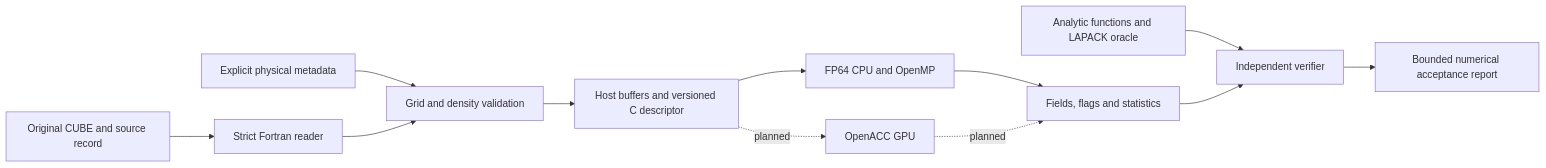
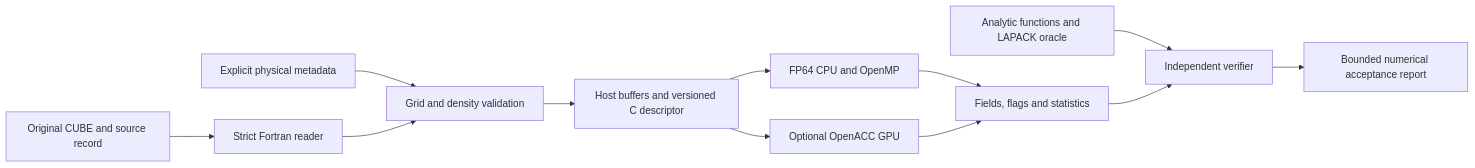
One commit to saigyujikingyo-png/gpu-nci changed the first of 2 diagrams in docs/architecture.md. Above: the diagram before and after it, drawn with Mermaid. The commit also changed other lines of this file and 8 other files, not shown here.

Commit message:
Record independently accepted finite OpenACC CLI validation

````diff
--- a/docs/architecture.md
+++ b/docs/architecture.md
@@ -11,14 +12,14 @@
 ```mermaid
 flowchart LR
     A[Original CUBE and source record] --> B[Strict Fortran reader]
     M[Explicit physical metadata] --> C[Grid and density validation]
     B --> C
     C --> D[Host buffers and versioned C descriptor]
     D --> E[FP64 CPU and OpenMP]
-    D -. planned .-> F[OpenACC GPU]
+    D --> F[Optional OpenACC GPU]
     E --> G[Fields, flags and statistics]
-    F -. planned .-> G
+    F --> G
     H[Analytic functions and LAPACK oracle] --> I[Independent verifier]
     G --> I
     I --> J[Bounded numerical acceptance report]
 ```
````
